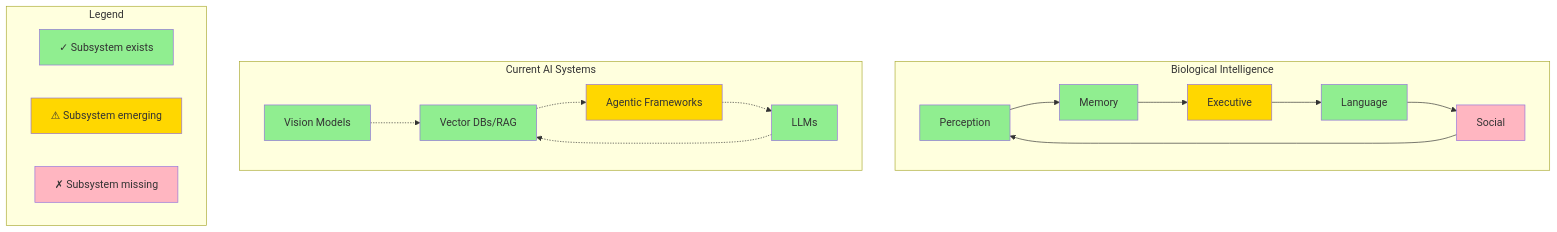
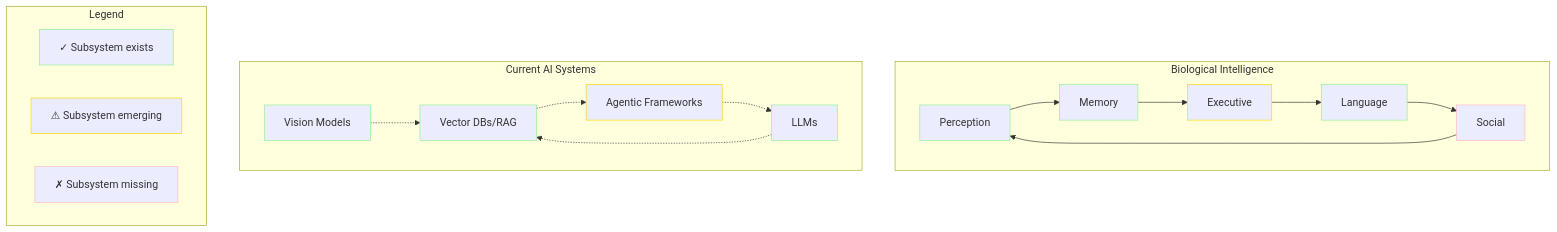
The second of 3 diagrams in Mostlylucid/Markdown/intelligence-subsystems-behaviorist-fallacy.md (Shaddix/mostlylucidweb), drawn with Mermaid before and after one commit. The commit also changed other lines of this file and 13 other files, not shown here.

````diff
--- a/Mostlylucid/Markdown/intelligence-subsystems-behaviorist-fallacy.md
+++ b/Mostlylucid/Markdown/intelligence-subsystems-behaviorist-fallacy.md
@@ -141,35 +141,35 @@
 ```mermaid
 flowchart TD
     subgraph Biological["Biological Intelligence"]
         BP[Perception] --> BM[Memory]
         BM --> BE[Executive]
         BE --> BL[Language]
         BL --> BS[Social]
         BS --> BP
-        style BP fill:#90EE90
-        style BM fill:#90EE90
-        style BE fill:#FFD700
-        style BL fill:#90EE90
-        style BS fill:#FFB6C1
+        style BP stroke:#90EE90
+        style BM stroke:#90EE90
+        style BE stroke:#FFD700
+        style BL stroke:#90EE90
+        style BS stroke:#FFB6C1
     end
 
     subgraph Artificial["Current AI Systems"]
         AP[Vision Models] -.-> AM[Vector DBs/RAG]
         AM -.-> AE[Agentic Frameworks]
         AE -.-> AL[LLMs]
         AL -.-> AM
-        style AP fill:#90EE90
-        style AM fill:#90EE90
-        style AE fill:#FFD700
-        style AL fill:#90EE90
+        style AP stroke:#90EE90
+        style AM stroke:#90EE90
+        style AE stroke:#FFD700
+        style AL stroke:#90EE90
     end
 
     subgraph Legend
         L1[✓ Subsystem exists]
         L2[⚠ Subsystem emerging]
         L3[✗ Subsystem missing]
-        style L1 fill:#90EE90
-        style L2 fill:#FFD700
-        style L3 fill:#FFB6C1
+        style L1 stroke:#90EE90
+        style L2 stroke:#FFD700
+        style L3 stroke:#FFB6C1
     end
 ```
````
